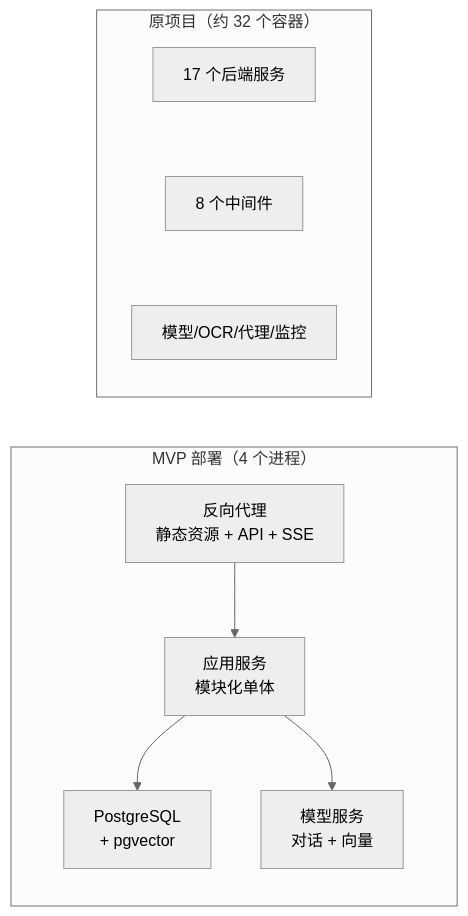
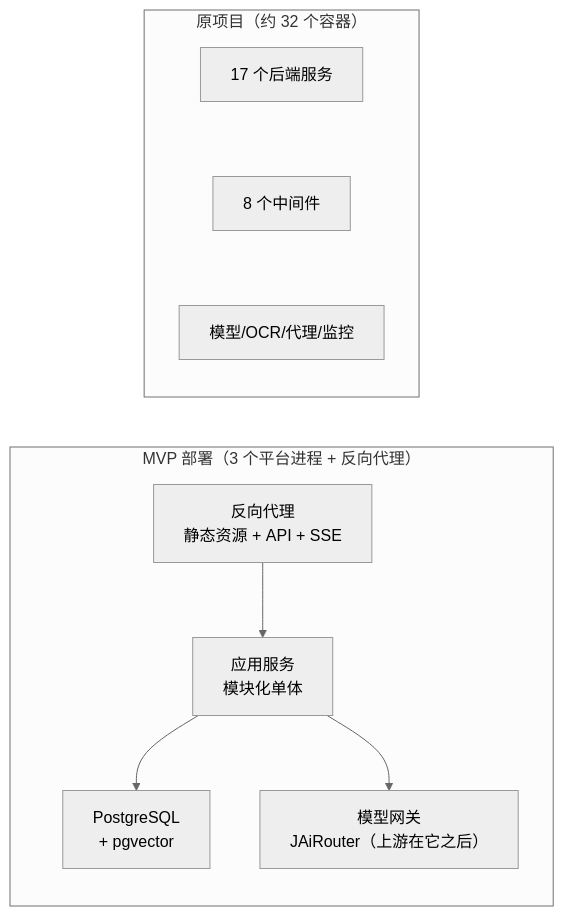
Before and after one commit to Lincoln-cn/ai-knowledge-platform: the second of 3 diagrams in docs/系统设计方案/00-设计总纲与版本规划.md, drawn with Mermaid (neutral theme). The commit also changed other lines of this file and 9 other files, not shown here.

````diff
--- a/docs/系统设计方案/00-设计总纲与版本规划.md
+++ b/docs/系统设计方案/00-设计总纲与版本规划.md
@@ -185,11 +197,11 @@
 ```mermaid
 flowchart LR
-  subgraph MVP["MVP 部署（4 个进程）"]
+  subgraph MVP["MVP 部署（3 个平台进程 + 反向代理）"]
     N["反向代理<br/>静态资源 + API + SSE"] --> A["应用服务<br/>模块化单体"]
     A --> P["PostgreSQL<br/>+ pgvector"]
-    A --> O["模型服务<br/>对话 + 向量"]
+    A --> O["模型网关<br/>JAiRouter（上游在它之后）"]
   end
   subgraph OLD["原项目（约 32 个容器）"]
     X["17 个后端服务"] ~~~ Y["8 个中间件"] ~~~ Z["模型/OCR/代理/监控"]
   end
 ```
````
